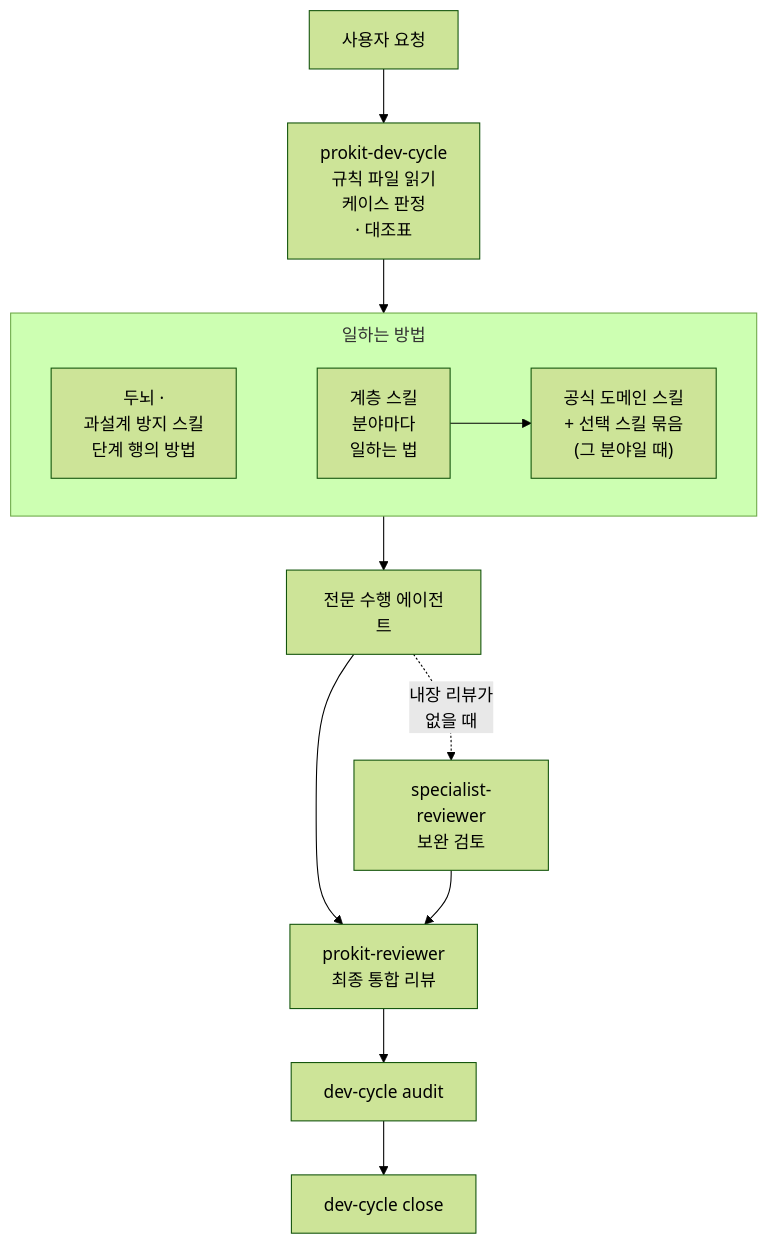
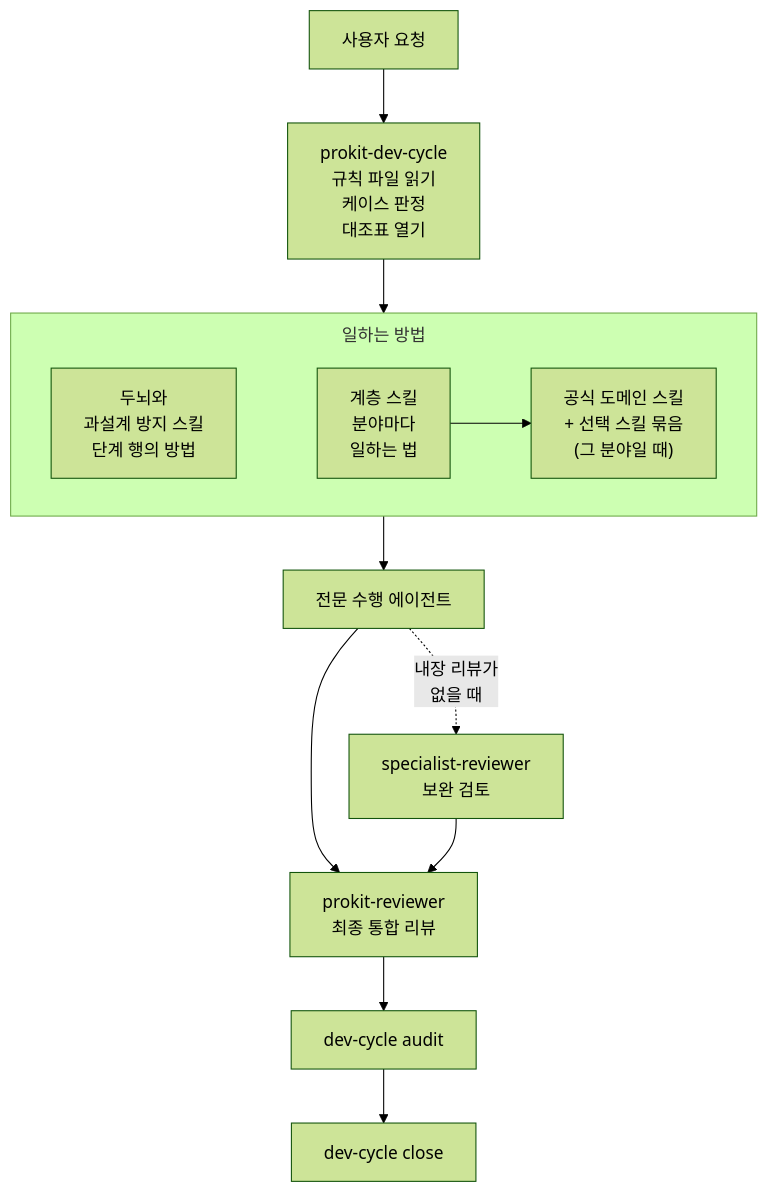
Before and after one commit to roadkwon-ai/pro-kit: the diagram in handbook/concepts/harness.md, drawn with Mermaid (forest theme). The commit also changed 3 other files, not shown here.

````diff
--- a/handbook/concepts/harness.md
+++ b/handbook/concepts/harness.md
@@ -48,25 +48,25 @@
 ```mermaid
 ---
 config:
   flowchart:
-    wrappingWidth: 120
+    wrappingWidth: 150
     subGraphTitleMargin:
       top: 8
       bottom: 8
 ---
 flowchart TB
   accTitle: 하네스 구성
   accDescr: 사용자 요청은 dev-cycle 스킬이 케이스를 판정하며 시작하고, 규칙 파일은 시작할 때 읽혀요. 일하는 방법 스킬을 읽은 전문 수행 에이전트가 일하고, 점선은 내장 리뷰가 없을 때만 거치는 보완 검토예요. 최종 리뷰 뒤 audit과 close로 끝나요.
-  REQ["사용자 요청"] --> DC["prokit-dev-cycle<br/>규칙 파일 읽기<br/>케이스 판정<br/>· 대조표"]
+  REQ["사용자 요청"] --> DC["prokit-dev-cycle<br/>규칙 파일 읽기<br/>케이스 판정<br/>대조표 열기"]
   DC --> G
   subgraph G["일하는 방법"]
-    PROC["두뇌 ·<br/>과설계 방지 스킬<br/>단계 행의 방법"] ~~~ LAYER["계층 스킬<br/>분야마다<br/>일하는 법"]
+    PROC["두뇌와<br/>과설계 방지 스킬<br/>단계 행의 방법"] ~~~ LAYER["계층 스킬<br/>분야마다<br/>일하는 법"]
     LAYER --> OFF["공식 도메인 스킬<br/>+ 선택 스킬 묶음<br/>(그 분야일 때)"]
   end
   G --> IMP["전문 수행 에이전트"]
   IMP -.->|"내장 리뷰가<br/>없을 때"| SREV["specialist-reviewer<br/>보완 검토"]
   IMP --> REV["prokit-reviewer<br/>최종 통합 리뷰"]
   SREV --> REV
   REV --> AUD["dev-cycle audit"]
   AUD --> CLOSE["dev-cycle close"]
 ```
````
